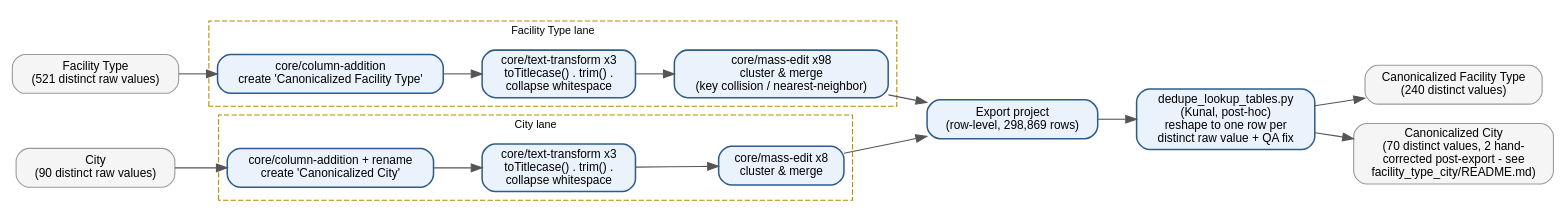
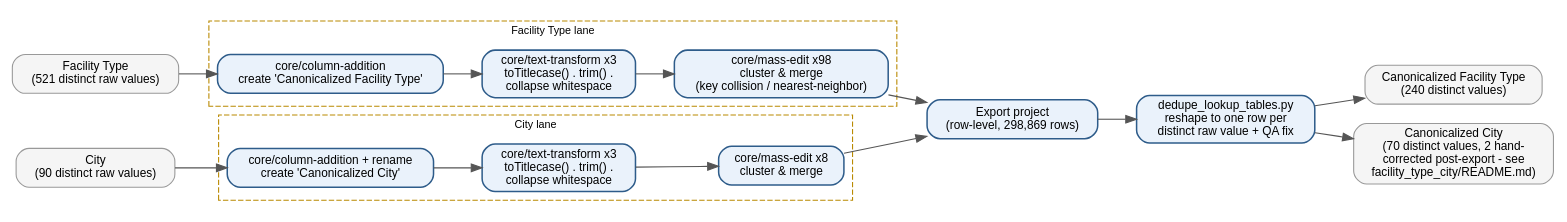
The diagram in workflow/Workflow_W2_inner.dot (kunal7illinois/cs513-team117-food-inspections), drawn with Graphviz before and after one commit. The commit also changed 21 other files, not shown here.

Commit message:
Split W1/W2 workflow diagrams into legible multi-part landscape versions

```diff
--- a/workflow/Workflow_W2_inner.dot
+++ b/workflow/Workflow_W2_inner.dot
@@ -1,59 +1,59 @@
 /*
  * Workflow_W2_inner.dot
  *
  * Inner ("W2") workflow: the OpenRefine steps behind facility_type_lookup.csv
  * and city_lookup.csv. Grouped from the 115 raw operations in
  * ../openrefine/OpenRefine.json (op counts confirmed by parsing that file
  * directly, not hand-counted) rather than generated with the OR2YW tool.
  *
  * Facility Type: 1 column-addition + 3 text-transform + 98 mass-edit (cluster merge) ops
  * City:          1 column-addition/rename + 3 text-transform + 8 mass-edit (cluster merge) ops
  *
  * Render with:
  *   dot -Tpng Workflow_W2_inner.dot -o Workflow_W2_inner.png
  *   dot -Tpdf Workflow_W2_inner.dot -o Workflow_W2_inner.pdf
  */
 
 digraph OpenRefineInnerWorkflow {
     rankdir=LR;
     fontname="Helvetica";
     node [fontname="Helvetica", fontsize=11];
     edge [fontname="Helvetica", fontsize=9, color="#555555"];
 
     node [shape=box, style="rounded,filled", fillcolor="#F5F5F5", color="#999999"];
     raw_col_ft [label="Facility Type\n(521 distinct raw values)"];
     raw_col_city [label="City\n(90 distinct raw values)"];
     out_ft [label="Canonicalized Facility Type\n(240 distinct values)"];
     out_city [label="Canonicalized City\n(70 distinct values, 2 hand-\ncorrected post-export - see\nfacility_type_city/README.md)"];
 
     node [shape=box, style="rounded,filled", fillcolor="#EAF2FB", color="#2E5C8A", penwidth=1.4];
 
     subgraph cluster_ft {
         label="Facility Type lane";
         style="dashed"; color="#B98900"; fontsize=10;
         add_ft [label="core/column-addition\ncreate 'Canonicalized Facility Type'"];
         tt_ft [label="core/text-transform x3\ntoTitlecase() . trim() .\ncollapse whitespace"];
         cluster_ft_op [label="core/mass-edit x98\ncluster & merge\n(key collision / nearest-neighbor)"];
         add_ft -> tt_ft -> cluster_ft_op;
     }
 
     subgraph cluster_city {
         label="City lane";
         style="dashed"; color="#B98900"; fontsize=10;
         add_city [label="core/column-addition + rename\ncreate 'Canonicalized City'"];
         tt_city [label="core/text-transform x3\ntoTitlecase() . trim() .\ncollapse whitespace"];
         cluster_city_op [label="core/mass-edit x8\ncluster & merge"];
         add_city -> tt_city -> cluster_city_op;
     }
 
     export [label="Export project\n(row-level, 298,869 rows)"];
-    dedupe [label="dedupe_lookup_tables.py\n(Kunal, post-hoc)\nreshape to one row per\ndistinct raw value + QA fix"];
+    dedupe [label="dedupe_lookup_tables.py\nreshape to one row per\ndistinct raw value + QA fix"];
 
     raw_col_ft -> add_ft;
     raw_col_city -> add_city;
     cluster_ft_op -> export;
     cluster_city_op -> export;
     export -> dedupe;
     dedupe -> out_ft;
     dedupe -> out_city;
 }
```
